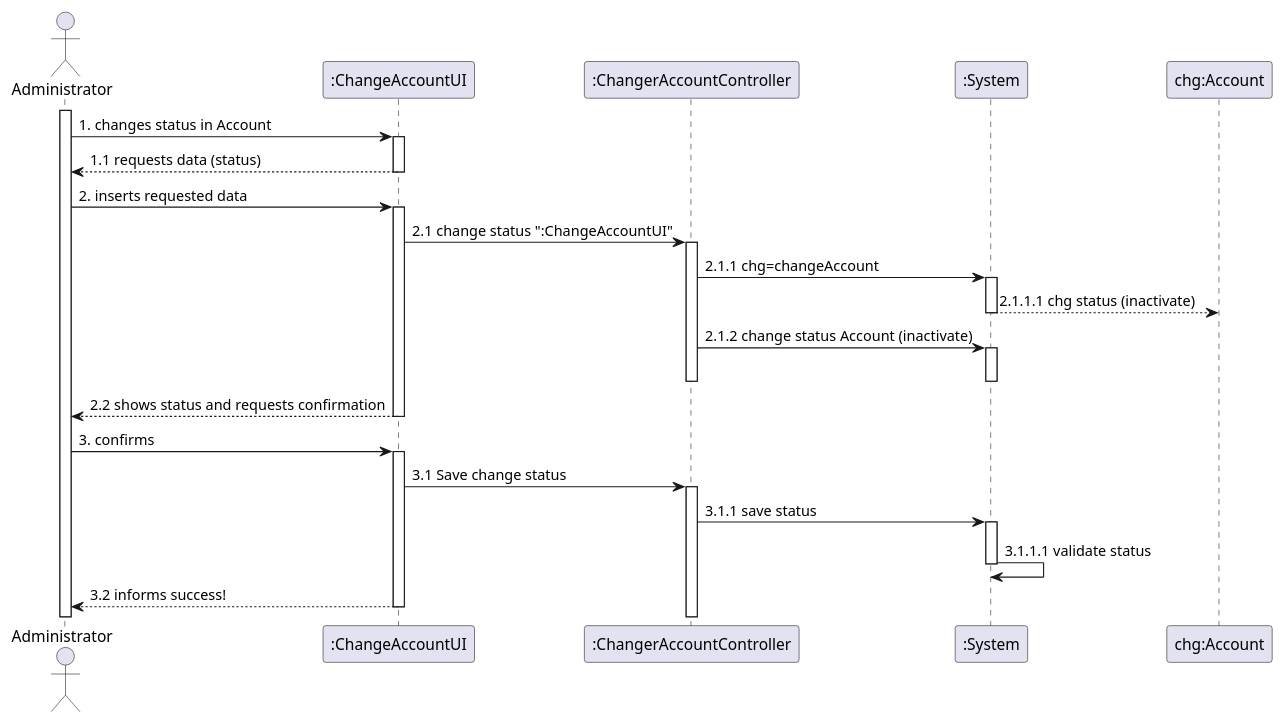
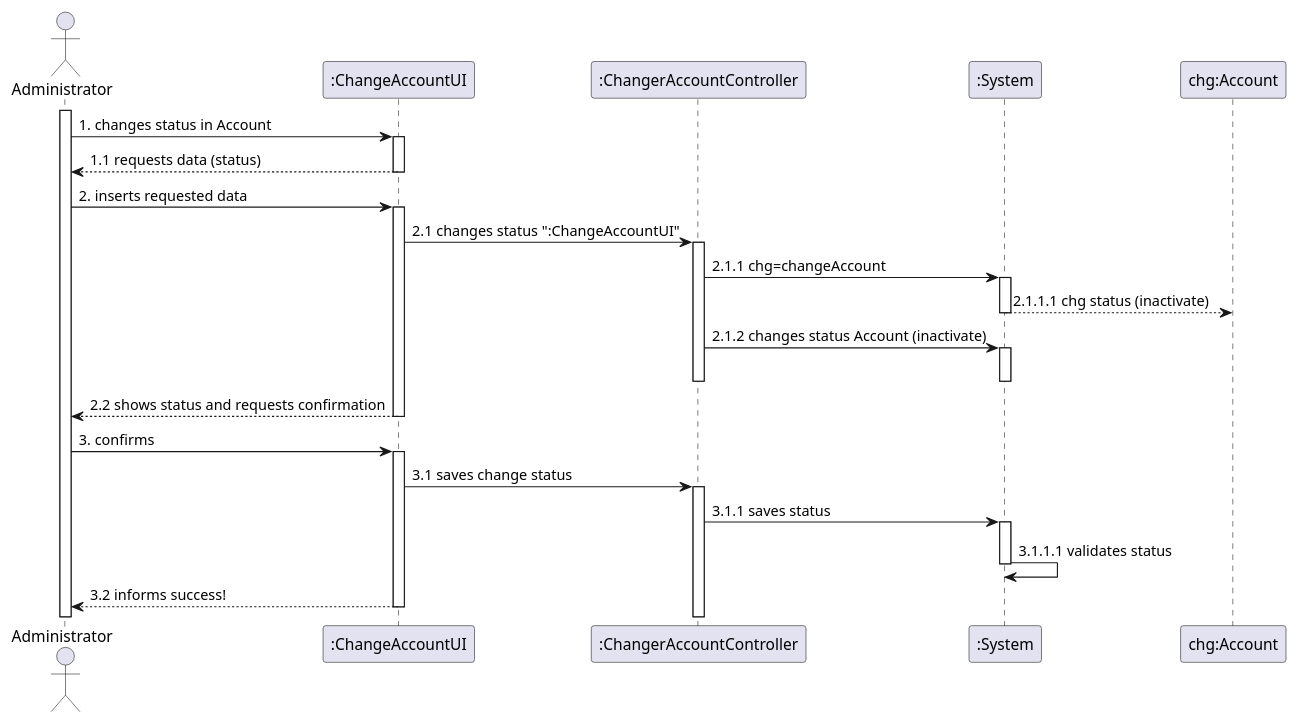
One commit to Loracline/project_switch_22-23 changed the diagram in docs/modelling_design/US005_Sequence_Diagram.puml. Above: the diagram before and after it, drawn with PlantUML. The commit also changed 1 other file, not shown here.

Commit message:
[None US number]: [Project]: [System Sequence Diagram]
US number: none
Discipline/phase: Requirements engineering.
Use cases: Updated System Sequence Diagram

```diff
--- a/docs/modelling_design/US005_Sequence_Diagram.puml
+++ b/docs/modelling_design/US005_Sequence_Diagram.puml
@@ -1,47 +1,47 @@
 @startuml
 'https://plantuml.com/sequence-diagram
 
 
 actor "Administrator"
 participant ":ChangeAccountUI" as rgui
 participant ":ChangerAccountController" as rgc
 participant ":System" as System
 participant "chg:Account" as Account
 
 activate Administrator
 Administrator  -> rgui : 1. changes status in Account
 activate rgui
 rgui --> Administrator: 1.1 requests data (status)
 deactivate rgui
 Administrator -> rgui: 2. inserts requested data
 activate rgui
-rgui -> rgc: 2.1 change status ":ChangeAccountUI"
+rgui -> rgc: 2.1 changes status ":ChangeAccountUI"
 activate rgc
 rgc -> System: 2.1.1 chg=changeAccount
 activate System
 System --> Account: 2.1.1.1 chg status (inactivate)
 deactivate System
-rgc -> System: 2.1.2 change status Account (inactivate)
+rgc -> System: 2.1.2 changes status Account (inactivate)
 activate System
 deactivate rgc
 deactivate System
 rgui --> Administrator: 2.2 shows status and requests confirmation
 deactivate rgui
 Administrator -> rgui: 3. confirms
 activate rgui
-rgui -> rgc: 3.1 Save change status
+rgui -> rgc: 3.1 saves change status
 activate rgc
-rgc -> System: 3.1.1 save status
+rgc -> System: 3.1.1 saves status
 activate System
-System -> System: 3.1.1.1 validate status
+System -> System: 3.1.1.1 validates status
 
 deactivate System
 
 rgui --> Administrator: 3.2 informs success!
 deactivate rgui
 
 
 
 
 
 @enduml
```
